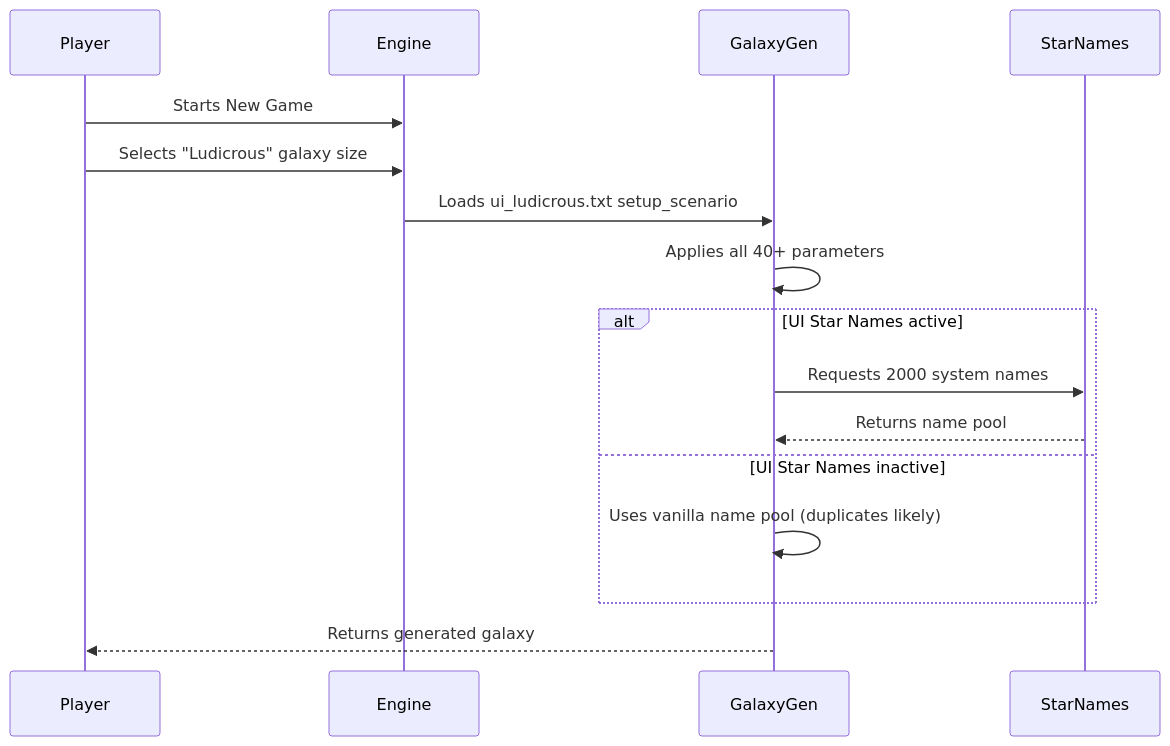
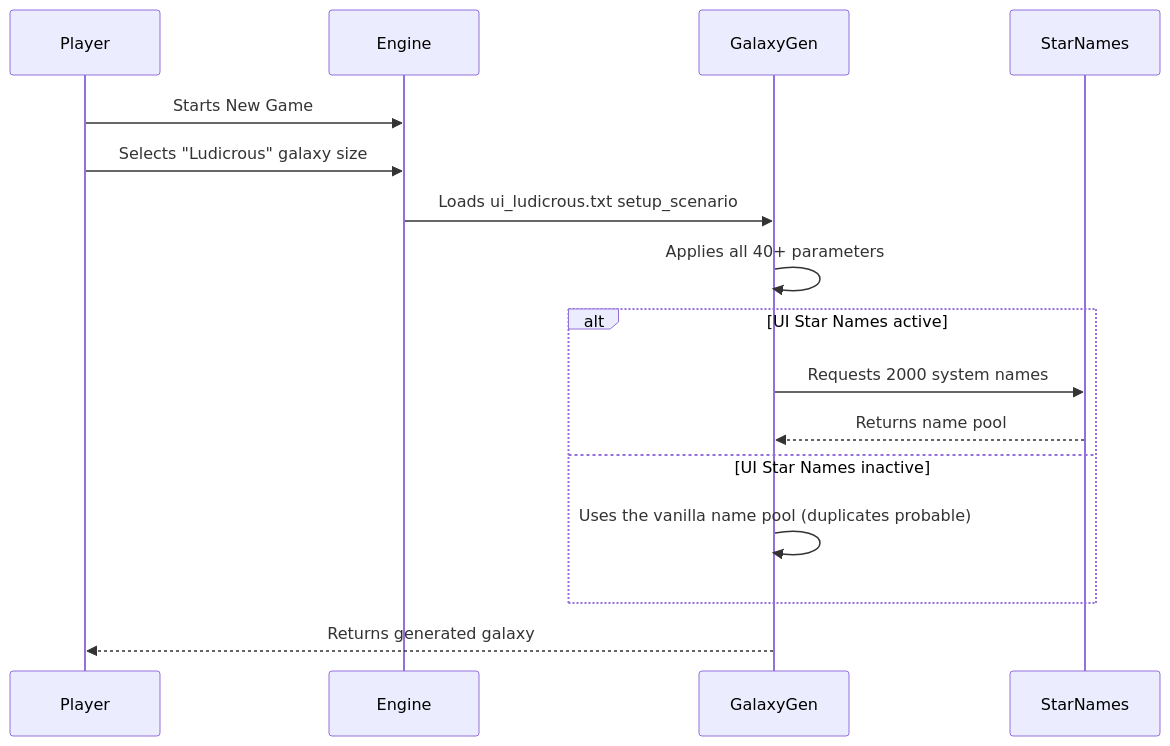
Before and after one commit to hmlendea/stellaris-ui-galaxy-sizes: the third of 3 diagrams in docs/architecture.md, drawn with Mermaid. The commit also changed other lines of this file and 41 other files, not shown here.

````diff
--- a/docs/architecture.md
+++ b/docs/architecture.md
@@ -240,17 +240,17 @@
 ```mermaid
 sequenceDiagram
     participant Player
     participant Engine
     participant GalaxyGen
     Player->>Engine: Starts New Game
     Player->>Engine: Selects "Ludicrous" galaxy size
     Engine->>GalaxyGen: Loads ui_ludicrous.txt setup_scenario
     GalaxyGen->>GalaxyGen: Applies all 40+ parameters
     alt UI Star Names active
         GalaxyGen->>StarNames: Requests 2000 system names
         StarNames-->>GalaxyGen: Returns name pool
     else UI Star Names inactive
-        GalaxyGen->>GalaxyGen: Uses vanilla name pool (duplicates likely)
+        GalaxyGen->>GalaxyGen: Uses the vanilla name pool (duplicates probable)
     end
     GalaxyGen-->>Player: Returns generated galaxy
 ```
````
